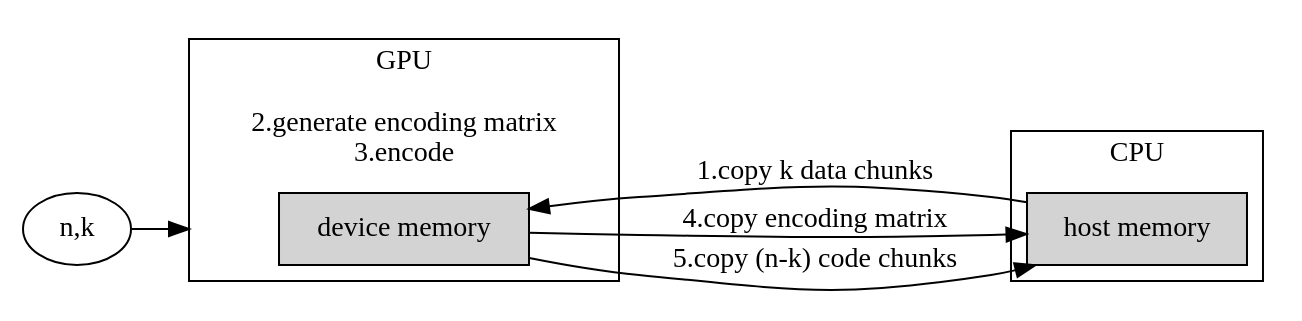
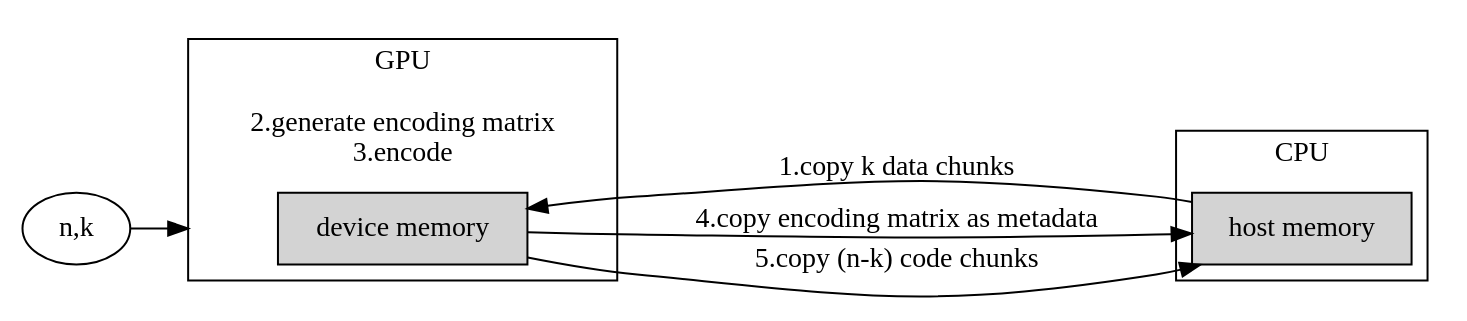
The diagram in doc/schematic-diagram/GPUencode.dot (yszheda/GPU-RSCode), drawn with Graphviz before and after one commit. The commit also changed 11 other files, not shown here.

Commit message:
update schematic diagrams.

```diff
--- a/doc/schematic-diagram/GPUencode.dot
+++ b/doc/schematic-diagram/GPUencode.dot
@@ -1,48 +1,48 @@
 digraph GPUencode
 {
 rankdir=LR;
 compound=true;
 subgraph clusterCPU
 {
 node [style=filled];
 shape=box;
 label="CPU";
 "hostMem"
 [
 shape=box
 label="host memory"
 ]
 /*
 hostMem [shape=box];
 */
 }
 //n_k [label="n, k"];
 /*
 subgraph n_k
 {
 label="n,k"
 }
 */
 subgraph clusterGPU
 {
 node [style=filled];
 shape=box;
 label="GPU\n\n2.generate encoding matrix\n3.encode";
 //"3.encode";
 "deviceMem"
 [
 shape=box
 label="device memory"
 ]
 //deviceMem -> deviceMem [label="3.encode", ltail=clusterGPU];
 /*
 deviceMem [shape=box];
 label=GPU;
 */
 }
 hostMem -> deviceMem [label="1.copy k data chunks"];
-deviceMem -> hostMem [label="4.copy encoding matrix"];
+deviceMem -> hostMem [label="4.copy encoding matrix as metadata"];
 deviceMem -> hostMem [label="5.copy (n-k) code chunks"];
 //"n,k" -> deviceMem [label="2.generate encoding matrix", lhead=clusterGPU];
 "n,k" -> deviceMem [lhead=clusterGPU];
 }
```
